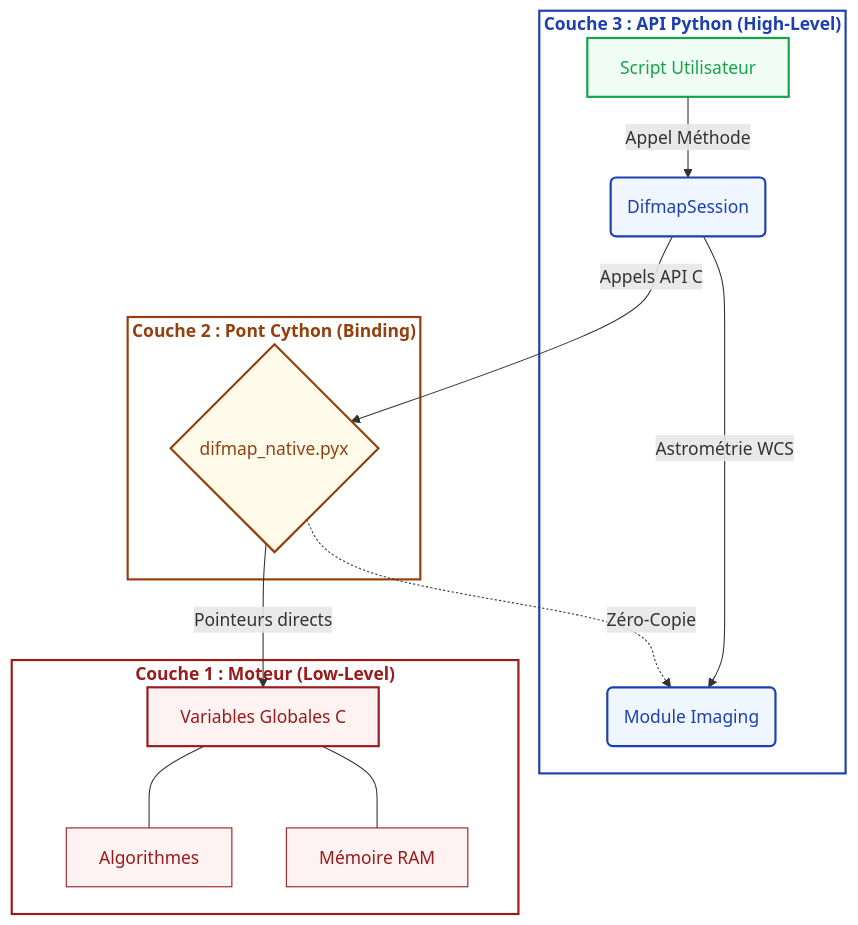
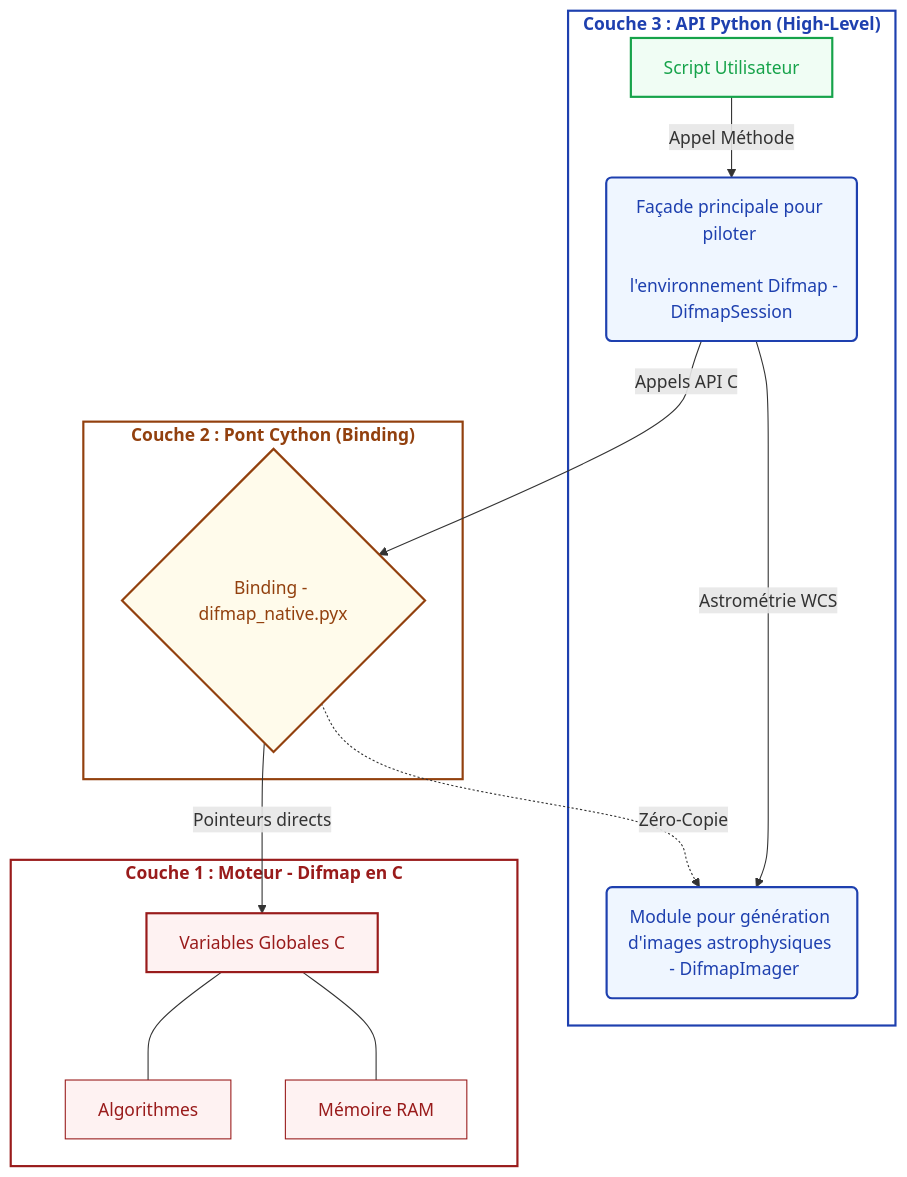
One commit to iimavne/DIFMAP changed the diagram in docs/02_nouvelle_architecture.qmd. Above: the diagram before and after it, drawn with Mermaid. The commit also changed other lines of this file and 15 other files, not shown here.

````diff
--- a/docs/02_nouvelle_architecture.qmd
+++ b/docs/02_nouvelle_architecture.qmd
@@ -41,39 +41,40 @@
 ```{mermaid}
 graph TD
     %% Définition du contenu des Couches
     subgraph Couche3 ["<span style='color:#1e40af'><b> Couche 3 : API Python (High-Level)</b></span>"]
-        A[" Script Utilisateur"] -->|Appel Méthode| B(" DifmapSession")
-        B -->|Astrométrie WCS| C(" Module Imaging")
+        A[" Script Utilisateur"] -->|Appel Méthode| B(" Façade principale pour piloter 
+    <br> l'environnement Difmap -DifmapSession")
+        B -->|Astrométrie WCS| C(" Module pour génération d'images astrophysiques <br> - DifmapImager")
     end
 
     subgraph Couche2 ["<span style='color:#92400e'><b>Couche 2 : Pont Cython (Binding)</b></span>"]
-        D{" difmap_native.pyx"}
+        D{" Binding - difmap_native.pyx"}
     end
 
-    subgraph Couche1 ["<span style='color:#991b1b'><b> Couche 1 : Moteur (Low-Level)</b></span>"]
+    subgraph Couche1 ["<span style='color:#991b1b'><b> Couche 1 : Moteur - Difmap en C </b></span>"]
         E[" Variables Globales C"]
         F[" Algorithmes"]
         G[" Mémoire RAM"]
     end
 
     %% Liaisons entre couches
     B -->|Appels API C| D
     D -.->|Zéro-Copie| C
     D -->|Pointeurs directs| E
     E --- F
     E --- G
 
     %% --- STYLES DES GRANDS RECTANGLES (SUBGRAPHS) ---
     style Couche3 fill:#ffffff,stroke:#1e40af,stroke-width:2px
     style Couche2 fill:#ffffff,stroke:#92400e,stroke-width:2px
     style Couche1 fill:#ffffff,stroke:#991b1b,stroke-width:2px
 
     %% --- STYLES DES BLOCS INTERNES ---
     style A fill:#f0fdf4,stroke:#16a34a,color:#16a34a,stroke-width:2px
     style B fill:#eff6ff,stroke:#1e40af,color:#1e40af,stroke-width:2px
     style C fill:#eff6ff,stroke:#1e40af,color:#1e40af,stroke-width:2px
     style D fill:#fffbeb,stroke:#92400e,color:#92400e,stroke-width:2px
     style E fill:#fef2f2,stroke:#991b1b,color:#991b1b,stroke-width:2px
     style F fill:#fef2f2,stroke:#991b1b,color:#991b1b,stroke-width:1px
     style G fill:#fef2f2,stroke:#991b1b,color:#991b1b,stroke-width:1px
 ```
````
